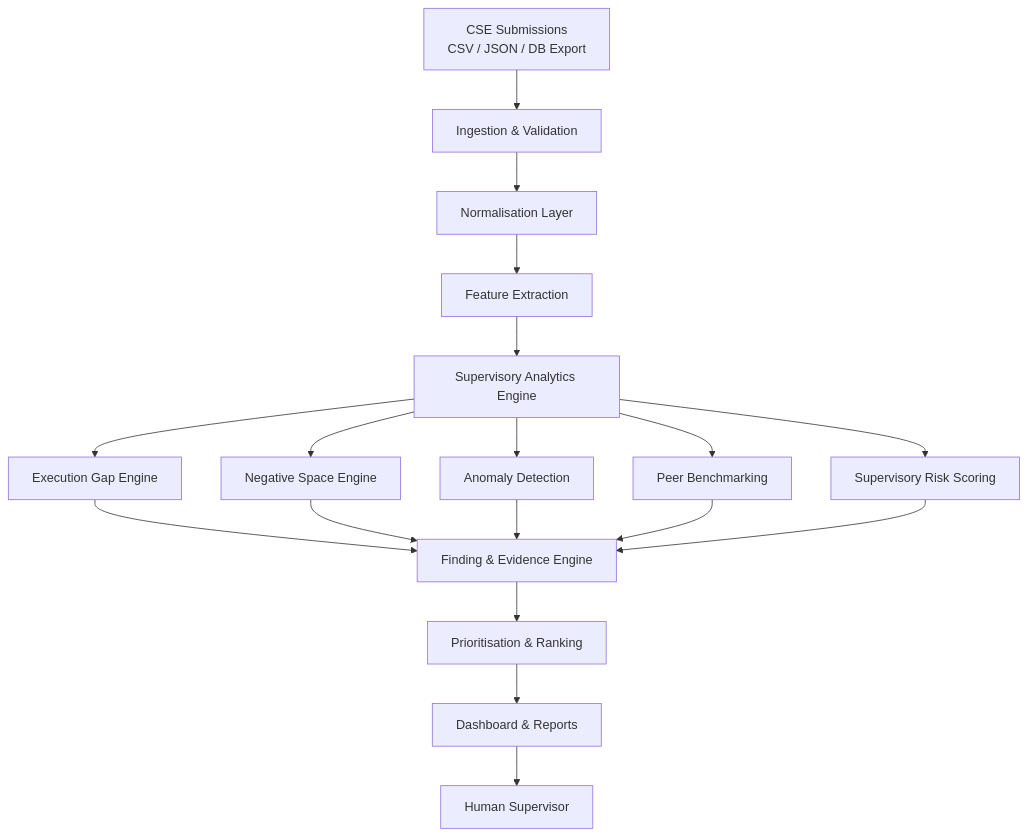
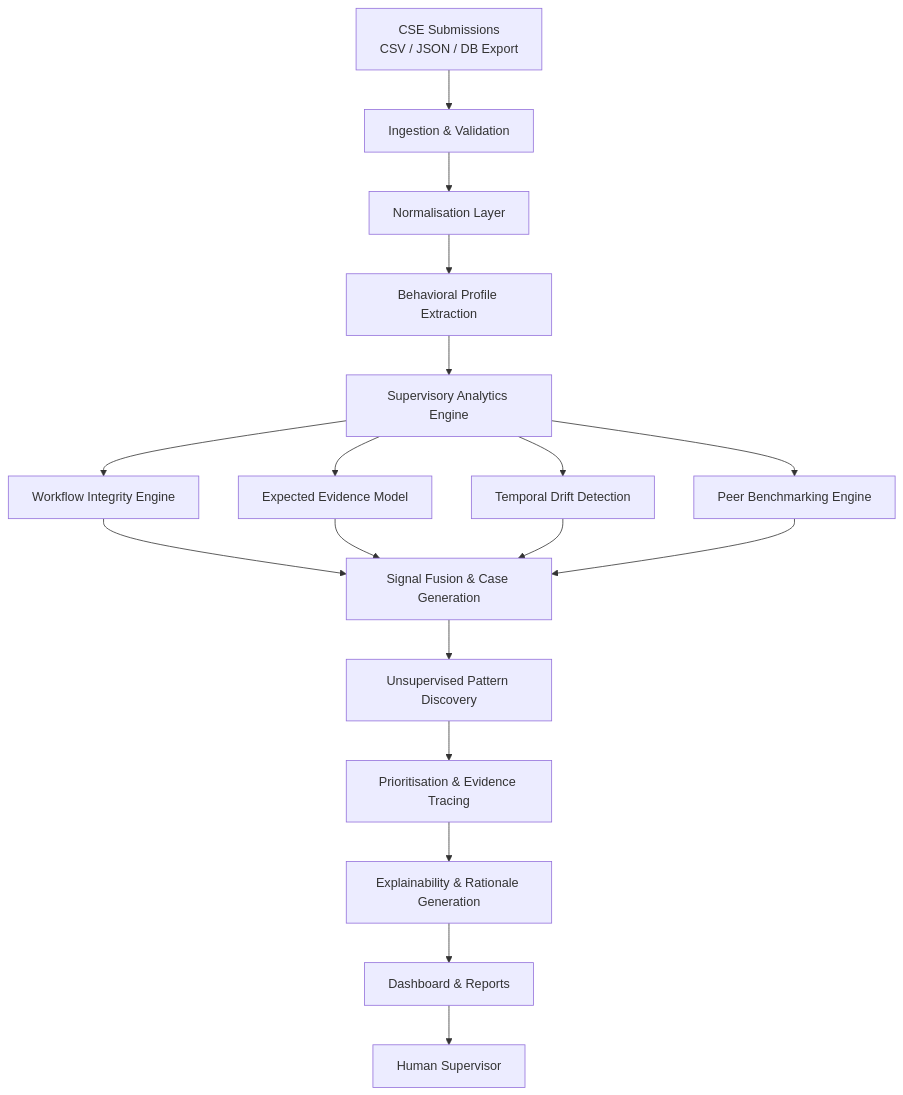
One commit to Ajay23054-cps-019/SIH-main changed the diagram in README.md. Above: the diagram before and after it, drawn with Mermaid. The commit also changed other lines of this file, not shown here.

````diff
--- a/README.md
+++ b/README.md
@@ -136,20 +174,20 @@
 ```mermaid
 flowchart TD
     A[CSE Submissions<br/>CSV / JSON / DB Export] --> B[Ingestion & Validation]
     B --> C[Normalisation Layer]
-    C --> D[Feature Extraction]
+    C --> D[Behavioral Profile Extraction]
     D --> E[Supervisory Analytics Engine]
-    E --> F1[Execution Gap Engine]
-    E --> F2[Negative Space Engine]
-    E --> F3[Anomaly Detection]
-    E --> F4[Peer Benchmarking]
-    E --> F5[Supervisory Risk Scoring]
-    F1 --> G[Finding & Evidence Engine]
+    E --> F1[Workflow Integrity Engine]
+    E --> F2[Expected Evidence Model]
+    E --> F3[Temporal Drift Detection]
+    E --> F4[Peer Benchmarking Engine]
+    F1 --> G[Signal Fusion & Case Generation]
     F2 --> G
     F3 --> G
     F4 --> G
-    F5 --> G
-    G --> H[Prioritisation & Ranking]
-    H --> I[Dashboard & Reports]
-    I --> J[Human Supervisor]
+    G --> H[Unsupervised Pattern Discovery]
+    H --> I[Prioritisation & Evidence Tracing]
+    I --> J[Explainability & Rationale Generation]
+    J --> K[Dashboard & Reports]
+    K --> L[Human Supervisor]
 ```
````
